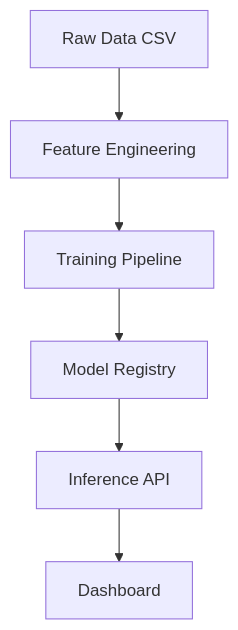
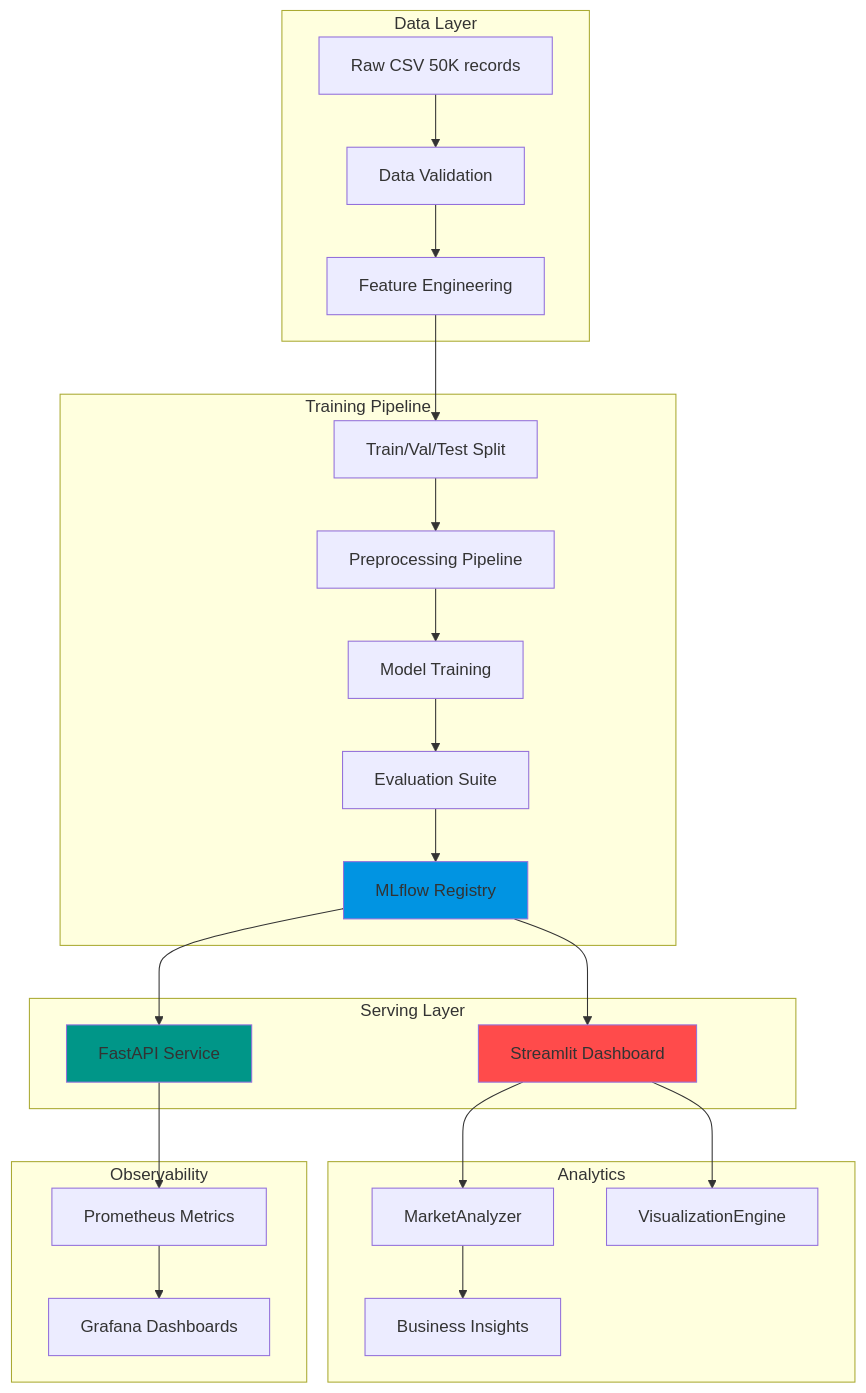
One commit to DuqueOM/ML-MLOps-Portfolio changed the diagram in CarVision-Market-Intelligence/README.md. Above: the diagram before and after it, drawn with Mermaid. The commit also changed other lines of this file, not shown here.

````diff
--- a/CarVision-Market-Intelligence/README.md
+++ b/CarVision-Market-Intelligence/README.md
@@ -46,8 +193,35 @@
 ```mermaid
-graph TD
-    A[Raw Data CSV] --> B[Feature Engineering]
-    B --> C[Training Pipeline]
-    C --> D[Model Registry]
-    D --> E[Inference API]
-    E --> F[Dashboard]
+graph TB
+    subgraph "Data Layer"
+        A[Raw CSV 50K records] --> B[Data Validation]
+        B --> C[Feature Engineering]
+    end
+    
+    subgraph "Training Pipeline"
+        C --> D[Train/Val/Test Split]
+        D --> E[Preprocessing Pipeline]
+        E --> F[Model Training]
+        F --> G[Evaluation Suite]
+        G --> H[MLflow Registry]
+    end
+    
+    subgraph "Serving Layer"
+        H --> I[FastAPI Service]
+        H --> J[Streamlit Dashboard]
+    end
+    
+    subgraph "Analytics"
+        J --> K[MarketAnalyzer]
+        J --> L[VisualizationEngine]
+        K --> M[Business Insights]
+    end
+    
+    subgraph "Observability"
+        I --> N[Prometheus Metrics]
+        N --> O[Grafana Dashboards]
+    end
+    
+    style H fill:#0194E2
+    style J fill:#FF4B4B
+    style I fill:#009688
 ```
````
